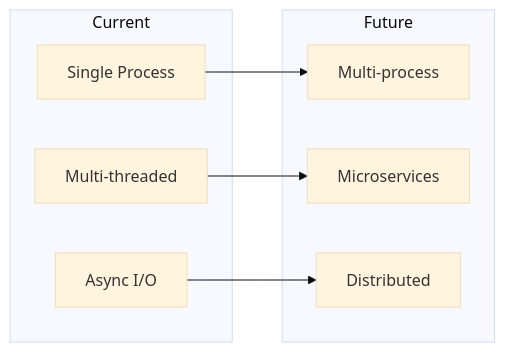
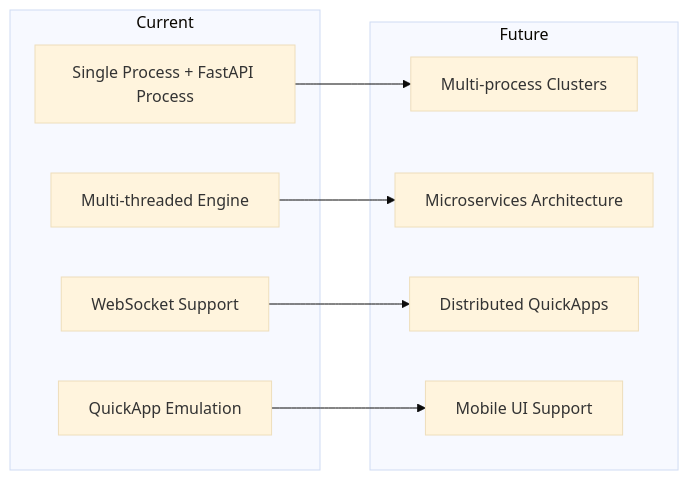
Before and after one commit to jangabrielsson/eplua: diagram 18 of 18 in ARCHITECTURE.md, drawn with Mermaid (base theme). The commit also changed other lines of this file and 9 other files, not shown here.

First line of the commit message:
Remove obsolete test scripts and enhance QuickApp project initialization

````diff
--- a/ARCHITECTURE.md
+++ b/ARCHITECTURE.md
@@ -528,18 +716,21 @@
 ```mermaid
 graph LR
     subgraph "Current"
-        SINGLE[Single Process]
-        THREADS[Multi-threaded]
-        ASYNC[Async I/O]
+        SINGLE[Single Process + FastAPI Process]
+        THREADS[Multi-threaded Engine]
+        WEBSOCKET[WebSocket Support]
+        QUICKAPP[QuickApp Emulation]
     end
     
     subgraph "Future"
-        CLUSTER[Multi-process]
-        MICROSERVICES[Microservices]
-        DISTRIBUTED[Distributed]
+        CLUSTER[Multi-process Clusters]
+        MICROSERVICES[Microservices Architecture]
+        DISTRIBUTED[Distributed QuickApps]
+        MOBILE[Mobile UI Support]
     end
     
     SINGLE --> CLUSTER
     THREADS --> MICROSERVICES
-    ASYNC --> DISTRIBUTED
+    WEBSOCKET --> DISTRIBUTED
+    QUICKAPP --> MOBILE
 ```
````
